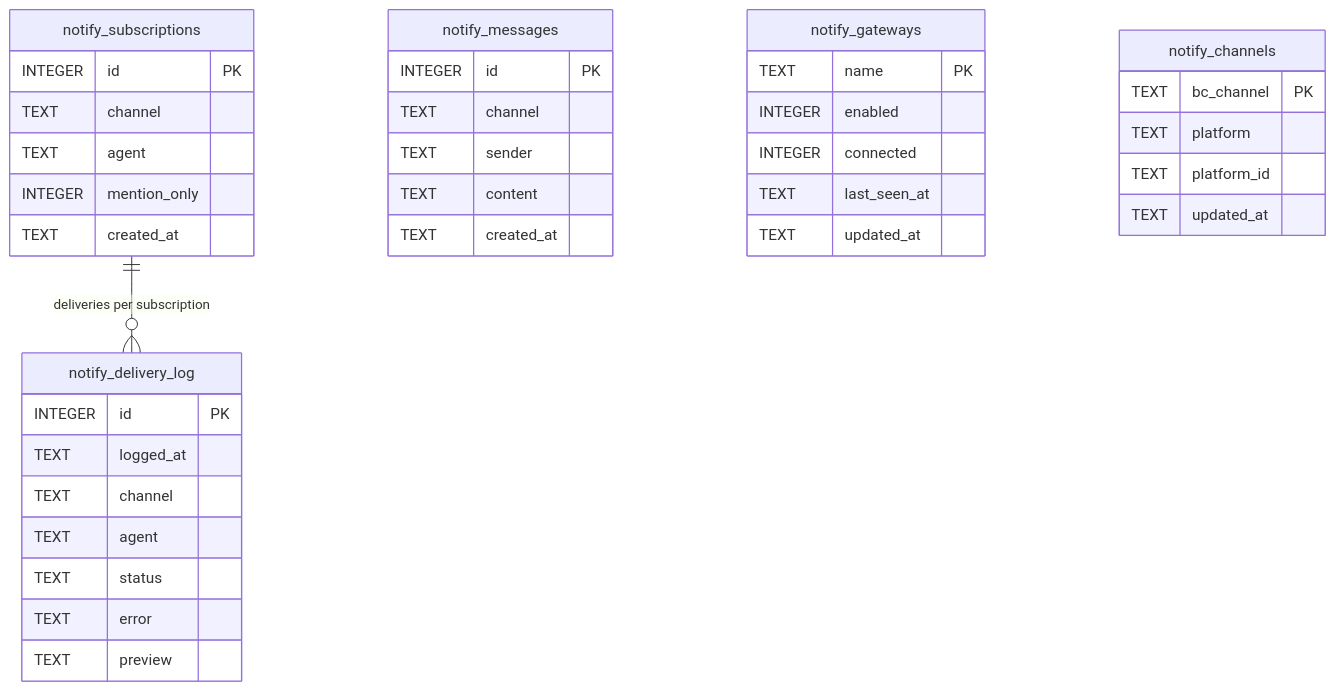
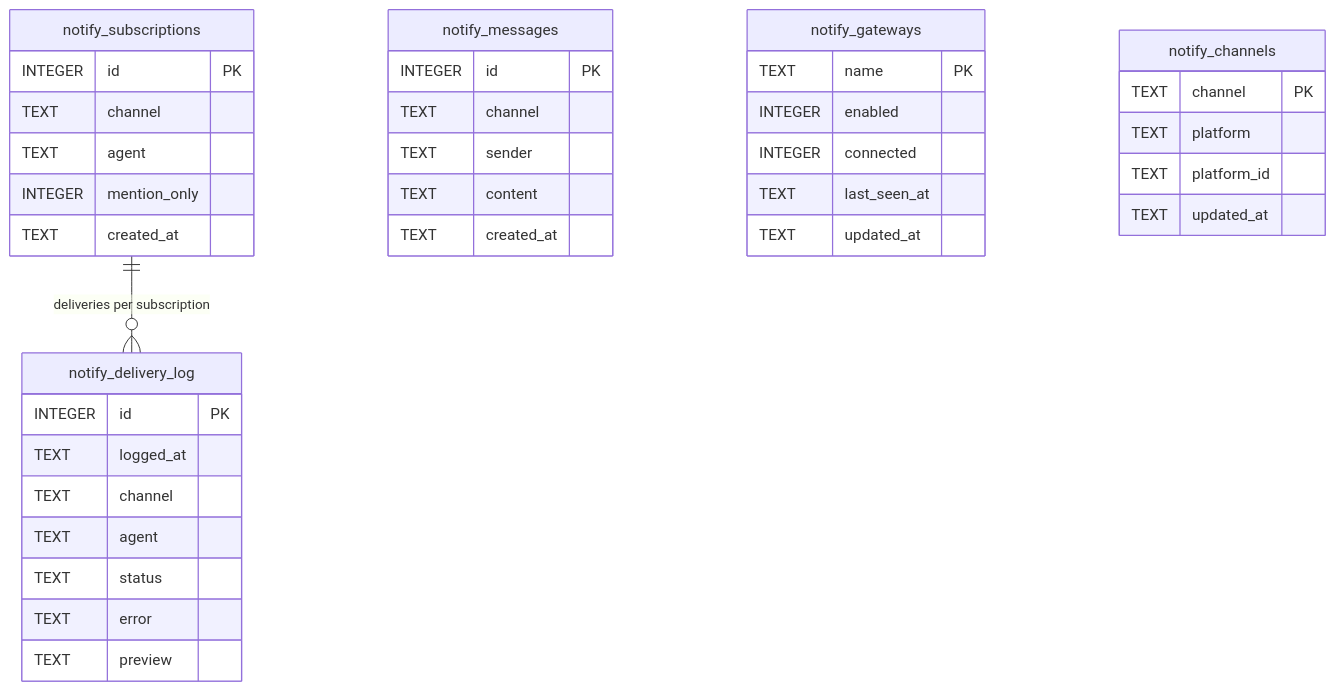
The third of 5 diagrams in docs/architecture-notifications.md (rpuneet/bc), drawn with Mermaid before and after one commit. The commit also changed other lines of this file and 16 other files, not shown here.

````diff
--- a/docs/architecture-notifications.md
+++ b/docs/architecture-notifications.md
@@ -442,45 +442,45 @@
 ```mermaid
 erDiagram
     notify_subscriptions {
         INTEGER id PK
         TEXT channel
         TEXT agent
         INTEGER mention_only
         TEXT created_at
     }
 
     notify_messages {
         INTEGER id PK
         TEXT channel
         TEXT sender
         TEXT content
         TEXT created_at
     }
 
     notify_delivery_log {
         INTEGER id PK
         TEXT logged_at
         TEXT channel
         TEXT agent
         TEXT status
         TEXT error
         TEXT preview
     }
 
     notify_subscriptions ||--o{ notify_delivery_log : "deliveries per subscription"
 
     notify_gateways {
         TEXT name PK
         INTEGER enabled
         INTEGER connected
         TEXT last_seen_at
         TEXT updated_at
     }
 
     notify_channels {
-        TEXT bc_channel PK
+        TEXT channel PK
         TEXT platform
         TEXT platform_id
         TEXT updated_at
     }
 ```
````
